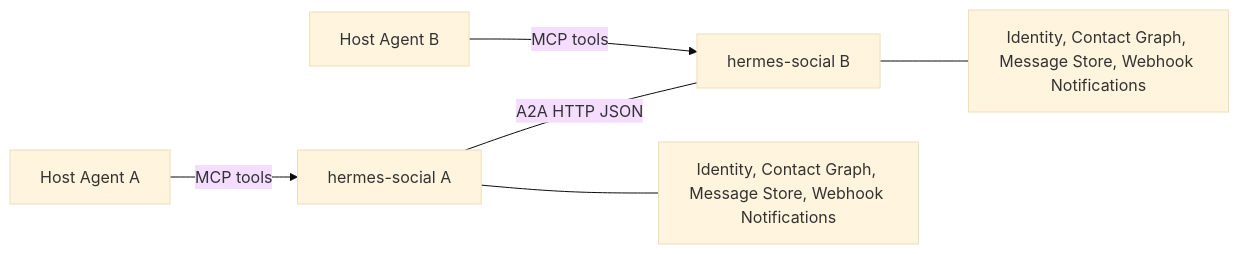
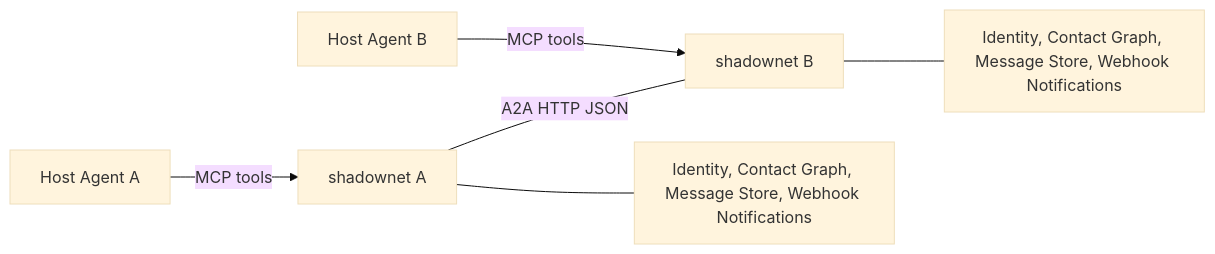
The first of 2 diagrams in DESIGN.md (meghancampbel9/shadownet), drawn with Mermaid (base theme) before and after one commit. The commit also changed other lines of this file and 27 other files, not shown here.

````diff
--- a/DESIGN.md
+++ b/DESIGN.md
@@ -11,10 +11,10 @@
 ```mermaid
 graph LR
-    HA[Host Agent A] -->|MCP tools| HSA[hermes-social A]
-    HB[Host Agent B] -->|MCP tools| HSB[hermes-social B]
+    HA[Host Agent A] -->|MCP tools| HSA[shadownet A]
+    HB[Host Agent B] -->|MCP tools| HSB[shadownet B]
     HSA ---|A2A HTTP JSON| HSB
 
     HSA --- IdA[Identity, Contact Graph, Message Store, Webhook Notifications]
 
     HSB --- IdB[Identity, Contact Graph, Message Store, Webhook Notifications]
 ```
````
